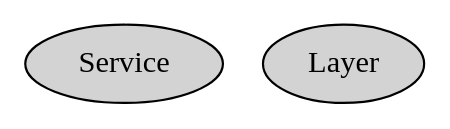
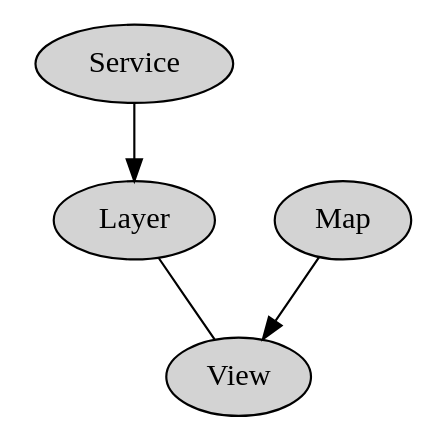
One commit to aht-group/geojsf changed the diagram in doc/src/main/resources/listing.geojsf/er.dot. Above: the diagram before and after it, drawn with Graphviz. The commit also changed 10 other files, not shown here.

Commit message:
ER model added in doc module

```diff
--- a/doc/src/main/resources/listing.geojsf/er.dot
+++ b/doc/src/main/resources/listing.geojsf/er.dot
@@ -1,11 +1,16 @@
 digraph b { 
 
 
-  ratio=0.9;
-  ranksep=0.2;
+  ratio=1.0;
+  ranksep=0.5;
   overlap=false;
 
   0 [label="Service",style=filled,fixedsize=false];
-  1 [label="Layer",style=filled,fixedsize=false];
+  1 [label="Map",style=filled,fixedsize=false];
+  2 [label="Layer",style=filled,fixedsize=false];
+  3 [label="View",style=filled,fixedsize=false];
 
+"2" -> "3" [dir=none];
+"0" -> "2" ;
+"1" -> "3" ;
 }
```
